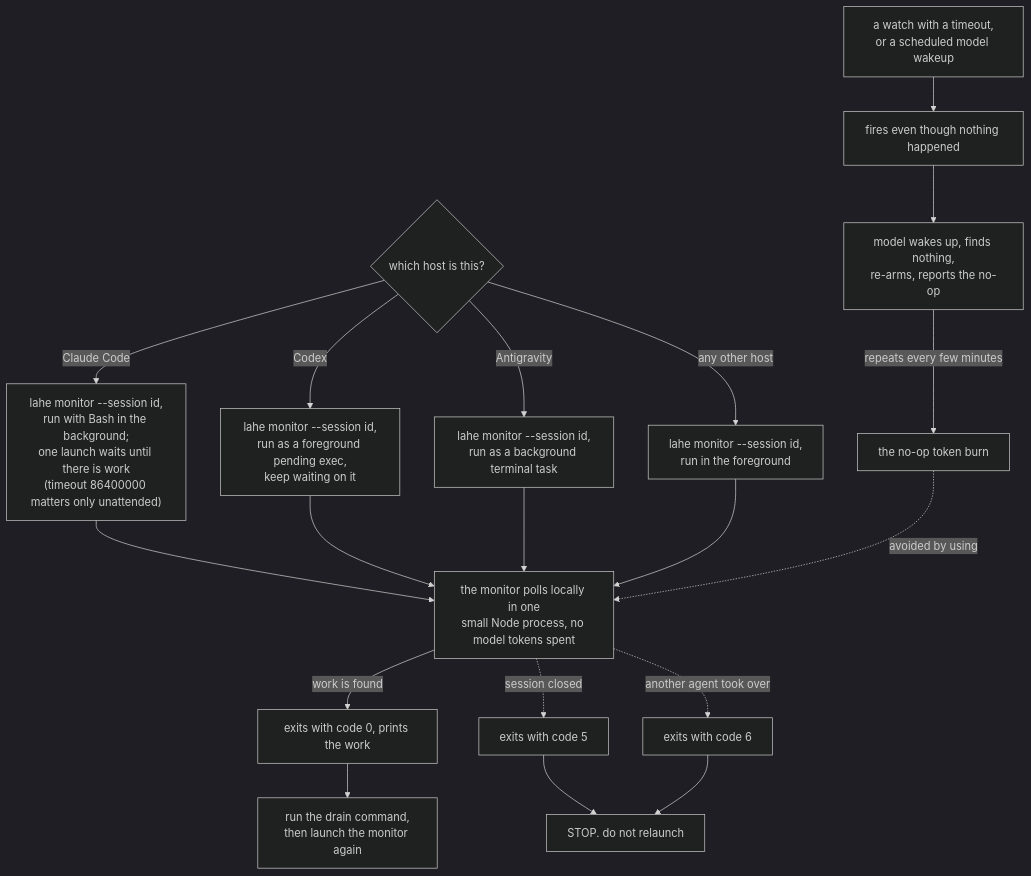
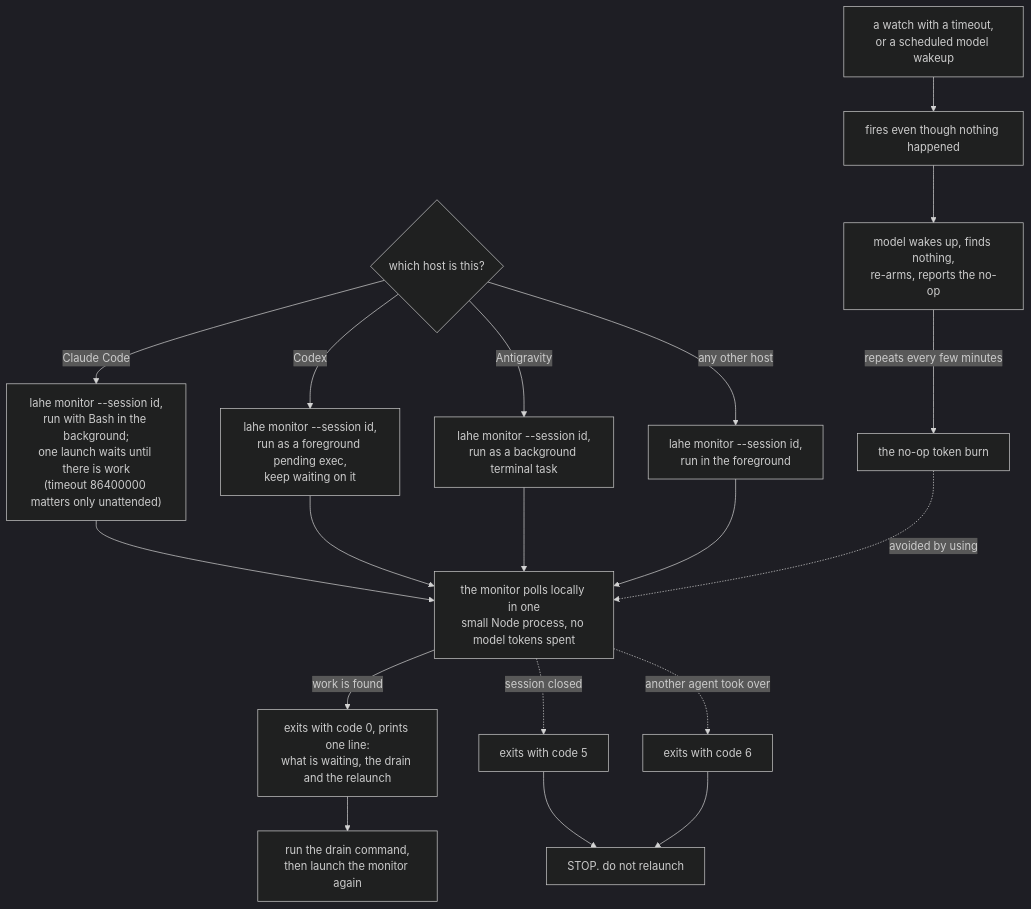
The second of 3 diagrams in docs/diagrams/agent_workflow.md (kenxle/live-agentic-html-editor), drawn with Mermaid (dark theme) before and after one commit. The commit also changed other lines of this file and 7 other files, not shown here.

````diff
--- a/docs/diagrams/agent_workflow.md
+++ b/docs/diagrams/agent_workflow.md
@@ -34,25 +35,25 @@
 ```mermaid
 flowchart TD
     Host{"which host is this?"}
     Host -->|"Claude Code"| CC["lahe monitor --session id,<br/>run with Bash in the background;<br/>one launch waits until there is work<br/>(timeout 86400000 matters only unattended)"]
     Host -->|"Codex"| Cx["lahe monitor --session id,<br/>run as a foreground pending exec,<br/>keep waiting on it"]
     Host -->|"Antigravity"| AG["lahe monitor --session id,<br/>run as a background terminal task"]
     Host -->|"any other host"| Oth["lahe monitor --session id,<br/>run in the foreground"]
 
     CC --> LocalPoll
     Cx --> LocalPoll["the monitor polls locally in one<br/>small Node process, no model tokens spent"]
     AG --> LocalPoll
     Oth --> LocalPoll
-    LocalPoll -->|"work is found"| Exit0["exits with code 0, prints the work"]
+    LocalPoll -->|"work is found"| Exit0["exits with code 0, prints one line:<br/>what is waiting, the drain and the relaunch"]
     Exit0 --> Drain1["run the drain command,<br/>then launch the monitor again"]
 
     LocalPoll -.->|"session closed"| Exit5["exits with code 5"]
     LocalPoll -.->|"another agent took over"| Exit6["exits with code 6"]
     Exit5 --> Stop["STOP. do not relaunch"]
     Exit6 --> Stop
 
     Danger["a watch with a timeout,<br/>or a scheduled model wakeup"] --> Timeout["fires even though nothing happened"]
     Timeout --> Relaunch["model wakes up, finds nothing,<br/>re-arms, reports the no-op"]
     Relaunch -->|"repeats every few minutes"| NoOp["the no-op token burn"]
     NoOp -.->|"avoided by using"| LocalPoll
 ```
````
